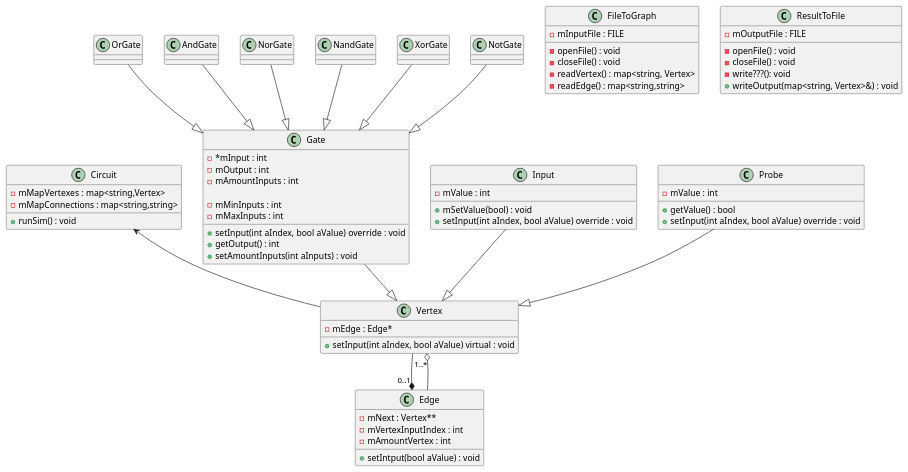
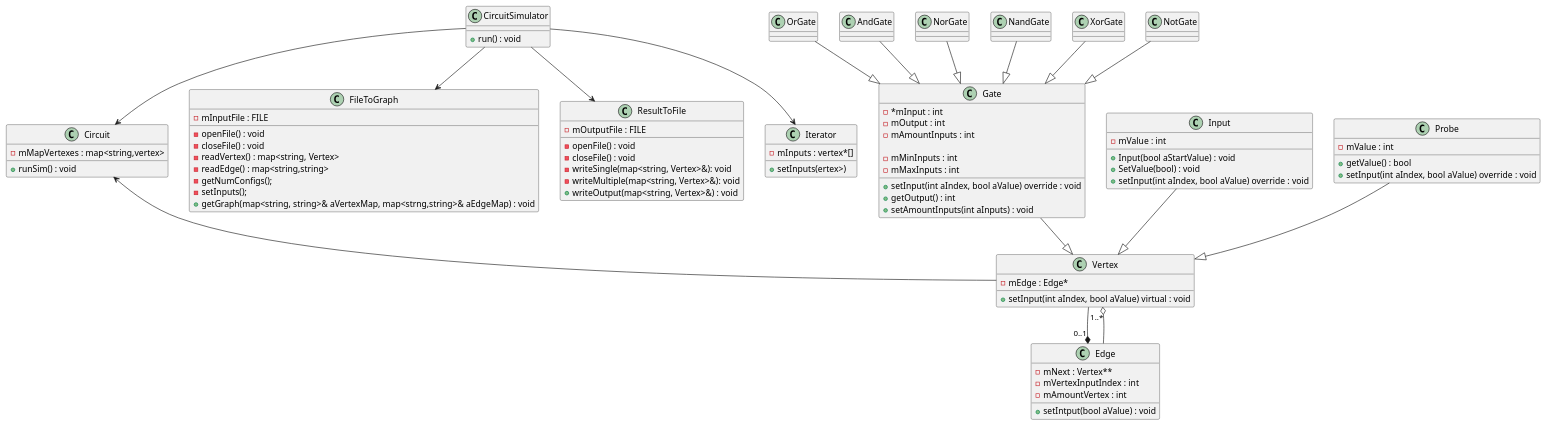
The diagram in diagram/classdiagram.puml (Seger01/DesignPatterns), drawn with PlantUML before and after one commit. The commit also changed 2 other files, not shown here.

```diff
--- a/diagram/classdiagram.puml
+++ b/diagram/classdiagram.puml
@@ -1,110 +1,131 @@
 @startuml classdiagram
 
+
+class CircuitSimulator{
+    + run() : void
+}
+
 class Circuit {
-    - mMapVertexes : map<string,Vertex>
-    - mMapConnections : map<string,string>
+    - mMapVertexes : map<string,vertex>
     + runSim() : void
 }
 
 class FileToGraph {
     - mInputFile : FILE
 
     - openFile() : void
     - closeFile() : void
     - readVertex() : map<string, Vertex>
     - readEdge() : map<string,string>
-    ' + getGraph(map<string, string>& aVertexMap, map<strng,string>& aStringMap) : void ' vertexMap :first string name of vertex second string type
+    - getNumConfigs();
+    - setInputs();
+    + getGraph(map<string, string>& aVertexMap, map<strng,string>& aEdgeMap) : void 
+    ' vertexMap :first string name of vertex second string type
+
 }
 
 class ResultToFile {
     - mOutputFile : FILE
 
     - openFile() : void
     - closeFile() : void
-    - write???(): void
+    - writeSingle(map<string, Vertex>&): void
+    - writeMultiple(map<string, Vertex>&): void
     + writeOutput(map<string, Vertex>&) : void
+}
+
+class Iterator{
+    - mInputs : vertex*[]
+
+    + setInputs(ertex>)
 }
 
 class OrGate{
 
 }
 
 class AndGate{
 
 }
 
 class NorGate{
 
 }
 
 class NandGate{
 
 }
 
 class XorGate{
 
 }
 
 class NotGate{
 
 }
 
 class Gate{
     - *mInput : int
     - mOutput : int
     - mAmountInputs : int
 
     - mMinInputs : int
     - mMaxInputs : int    
 
     + setInput(int aIndex, bool aValue) override : void
     + getOutput() : int
     + setAmountInputs(int aInputs) : void
 }
 
 class Vertex {
     - mEdge : Edge*
 
     + setInput(int aIndex, bool aValue) virtual : void
 }
 
 class Edge {
     - mNext : Vertex**
     - mVertexInputIndex : int
     - mAmountVertex : int
 
     + setIntput(bool aValue) : void
 }
 
 class Input {
     - mValue : int
 
-    + mSetValue(bool) : void
+    + Input(bool aStartValue) : void
+    + SetValue(bool) : void
     + setInput(int aIndex, bool aValue) override : void
 
 }
 
 class Probe {
     - mValue : int
 
     + getValue() : bool
     + setInput(int aIndex, bool aValue) override : void
 }
+
+CircuitSimulator --> FileToGraph
+CircuitSimulator --> ResultToFile
+CircuitSimulator --> Circuit
+CircuitSimulator --> Iterator
 
 Circuit <-- Vertex
 
 OrGate --|> Gate
 NorGate --|> Gate
 AndGate --|> Gate
 NandGate --|> Gate
 XorGate --|> Gate
 NotGate --|> Gate
 
 Gate --|> Vertex
 Input --|> Vertex
 Probe --|> Vertex
 
 Vertex --* "0..1" Edge
 Edge --o "1..*" Vertex
 
 @enduml
```
